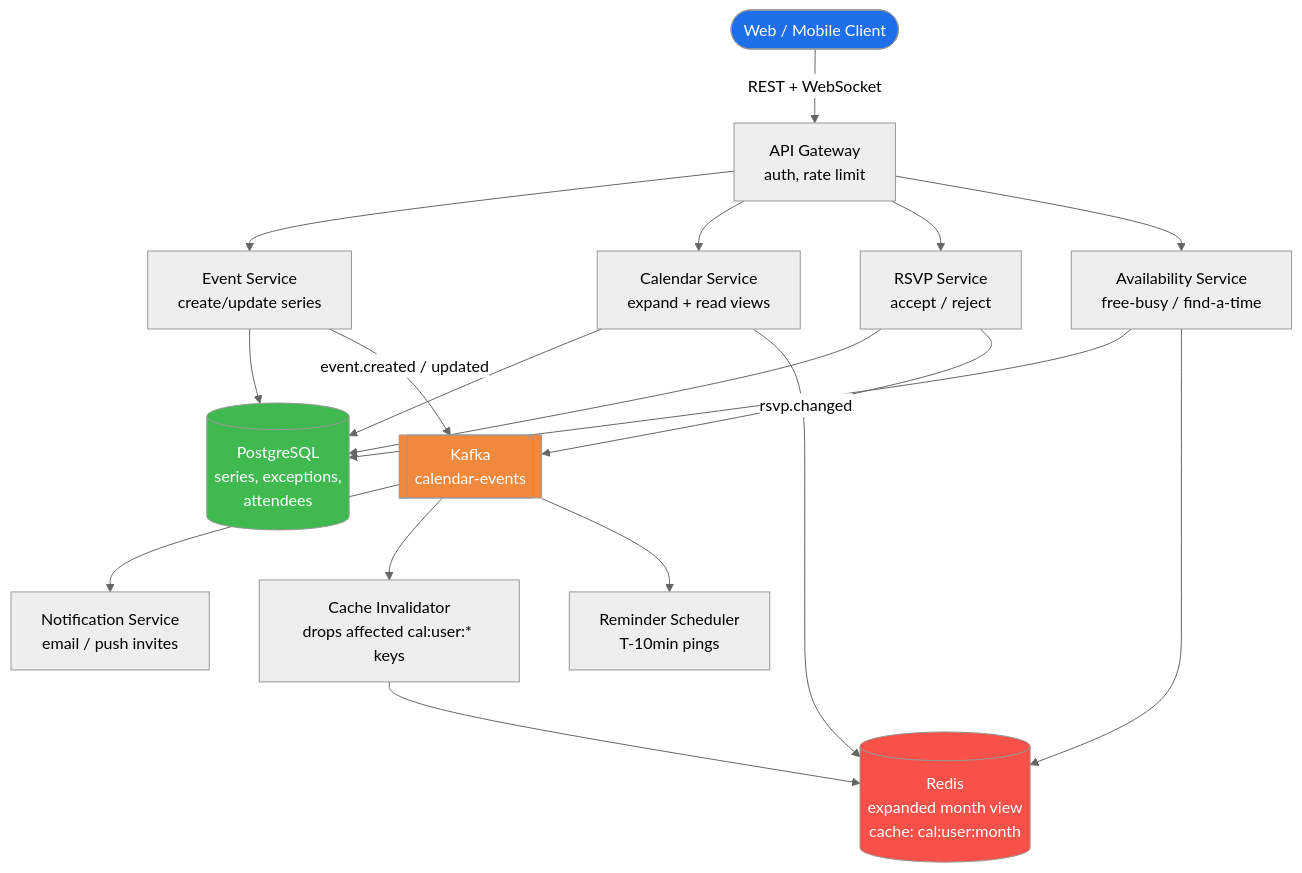
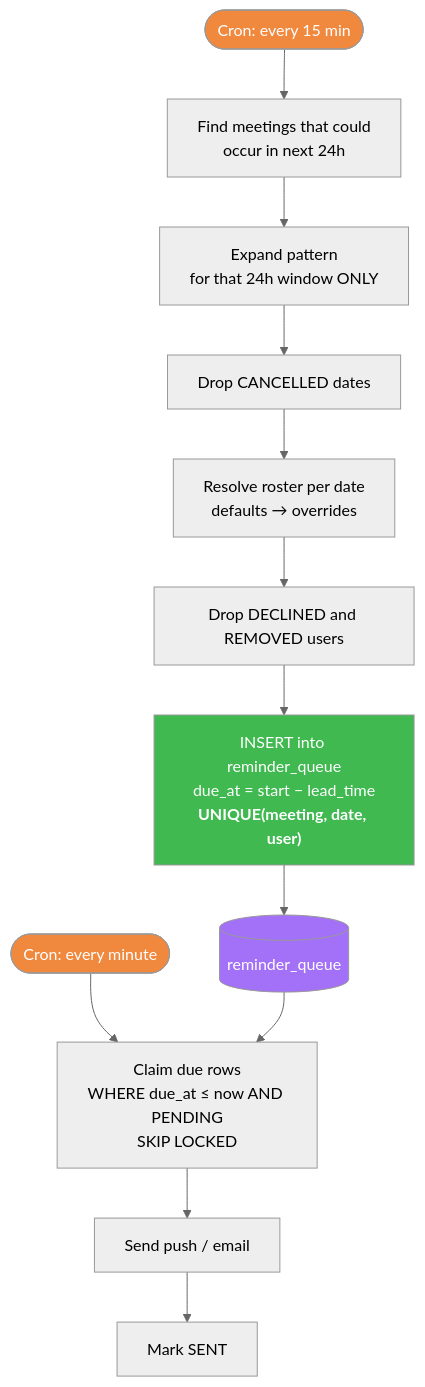
One commit to devesh1102/devesh1102.github.io changed the fourth of 5 diagrams in notes/meeting-scheduler.md. Above: the diagram before and after it, drawn with Mermaid (neutral theme). The commit also changed other lines of this file and 2 other files, not shown here.

````diff
--- a/notes/meeting-scheduler.md
+++ b/notes/meeting-scheduler.md
@@ -151,31 +257,21 @@
 ```mermaid
 flowchart TD
-    U([Web / Mobile Client]) -->|REST + WebSocket| AG[API Gateway<br/>auth, rate limit]
+    CR([Cron: every 15 min]) --> F[Find meetings that could<br/>occur in next 24h]
+    F --> EX[Expand pattern<br/>for that 24h window ONLY]
+    EX --> SK[Drop CANCELLED dates]
+    SK --> RO[Resolve roster per date<br/>defaults → overrides]
+    RO --> DE[Drop DECLINED and REMOVED users]
+    DE --> W["INSERT into reminder_queue<br/>due_at = start − lead_time<br/><b>UNIQUE(meeting, date, user)</b>"]
 
-    AG --> ES[Event Service<br/>create/update series]
-    AG --> CS[Calendar Service<br/>expand + read views]
-    AG --> RS[RSVP Service<br/>accept / reject]
-    AG --> FB[Availability Service<br/>free-busy / find-a-time]
+    W --> Q[(reminder_queue)]
 
-    ES --> DB[(PostgreSQL<br/>series, exceptions,<br/>attendees)]
-    CS --> DB
-    RS --> DB
-    FB --> DB
+    T([Cron: every minute]) --> CL["Claim due rows<br/>WHERE due_at ≤ now AND PENDING<br/>SKIP LOCKED"]
+    Q --> CL
+    CL --> SD[Send push / email]
+    SD --> MK[Mark SENT]
 
-    CS --> RC[("Redis<br/>expanded month view<br/>cache: cal:user:month")]
-    FB --> RC
-
-    ES -->|event.created / updated| K[[Kafka<br/>calendar-events]]
-    RS -->|rsvp.changed| K
-
-    K --> NS[Notification Service<br/>email / push invites]
-    K --> IV[Cache Invalidator<br/>drops affected cal:user:* keys]
-    K --> RM[Reminder Scheduler<br/>T-10min pings]
-
-    IV --> RC
-
-    style U fill:#1f6feb,color:#fff
-    style DB fill:#3fb950,color:#fff
-    style RC fill:#f85149,color:#fff
-    style K fill:#f0883e,color:#fff
+    style CR fill:#f0883e,color:#fff
+    style T fill:#f0883e,color:#fff
+    style Q fill:#a371f7,color:#fff
+    style W fill:#3fb950,color:#fff
 ```
````
